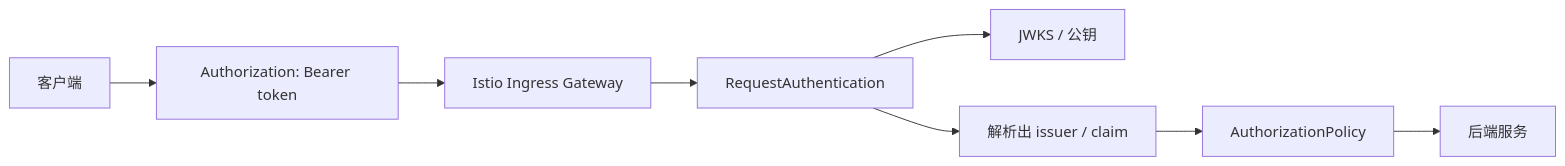
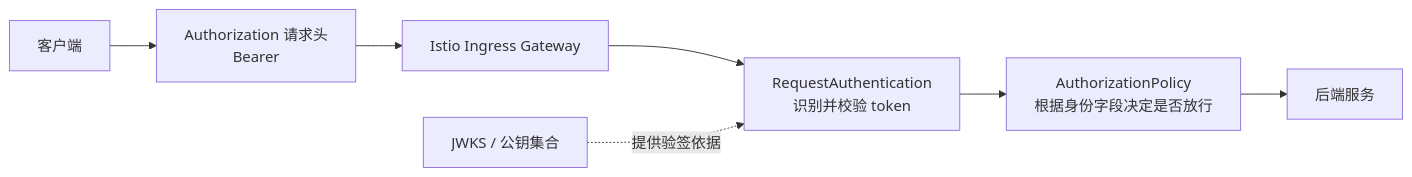
The second of 4 diagrams in k8s/05-security-and-zero-trust/docs/05_enable_jwt_and_mesh_security.md (hwang-protocol/docker_k8s_2026), drawn with Mermaid before and after one commit. The commit also changed other lines of this file, not shown here.

````diff
--- a/k8s/05-security-and-zero-trust/docs/05_enable_jwt_and_mesh_security.md
+++ b/k8s/05-security-and-zero-trust/docs/05_enable_jwt_and_mesh_security.md
@@ -100,10 +134,9 @@
 ```mermaid
 flowchart LR
-    client[客户端] --> header[Authorization: Bearer token]
+    client[客户端] --> header[Authorization 请求头<br/>Bearer <token>]
     header --> ingress[Istio Ingress Gateway]
-    ingress --> reqAuth[RequestAuthentication]
-    reqAuth --> jwks[JWKS / 公钥]
-    reqAuth --> claims[解析出 issuer / claim]
-    claims --> authz[AuthorizationPolicy]
+    ingress --> reqAuth[RequestAuthentication<br/>识别并校验 token]
+    jwks[JWKS / 公钥集合] -. 提供验签依据 .-> reqAuth
+    reqAuth --> authz[AuthorizationPolicy<br/>根据身份字段决定是否放行]
     authz --> backend[后端服务]
 ```
````
